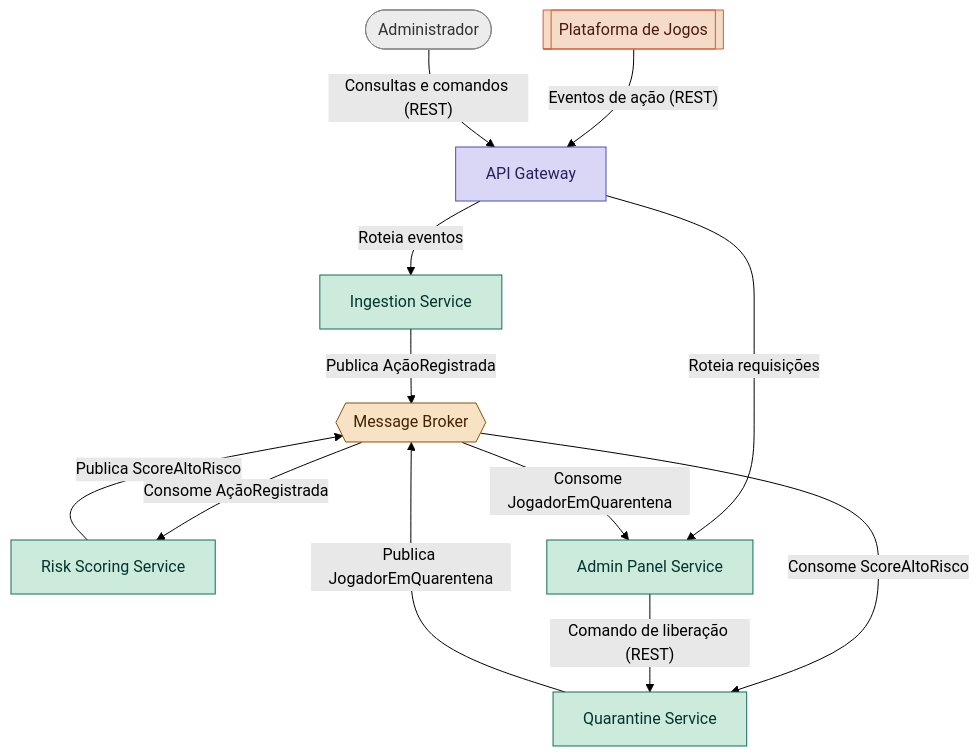
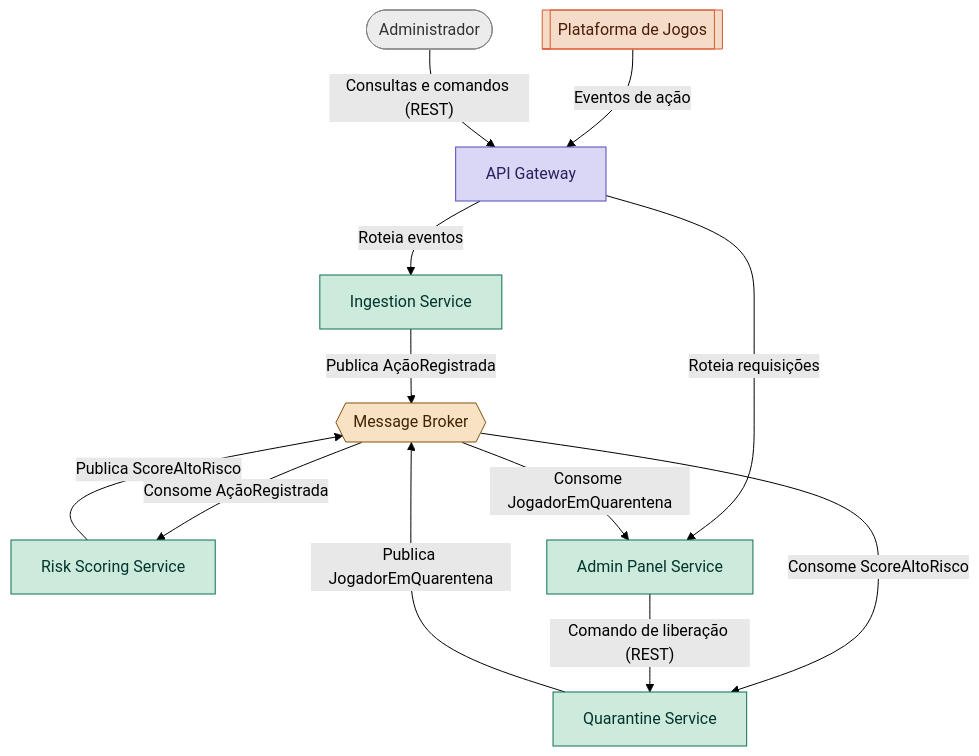
Before and after one commit to LuizH-Queiroz/esd-antifraude: the second of 2 diagrams in README.md, drawn with Mermaid (forest theme). The commit also changed other lines of this file, not shown here.

First line of the commit message:
Update Diagrama C4 Nível 2

````diff
--- a/README.md
+++ b/README.md
@@ -40,36 +40,36 @@
 ```mermaid
 flowchart TD
     admin(["Administrador"])
     plataforma[["Plataforma de Jogos"]]
 
     gateway["API Gateway"]
     ingestion["Ingestion Service"]
     scoring["Risk Scoring Service"]
     quarantine["Quarantine Service"]
     adminBackend["Admin Panel Service"]
     broker{{"Message Broker"}}
 
-    plataforma -->|"Eventos de ação (REST)"| gateway
+    plataforma -->|"Eventos de ação"| gateway
     admin -->|"Consultas e comandos (REST)"| gateway
 
     gateway -->|"Roteia eventos"| ingestion
     gateway -->|"Roteia requisições"| adminBackend
 
     ingestion -->|"Publica AçãoRegistrada"| broker
     broker -->|"Consome AçãoRegistrada"| scoring
     scoring -->|"Publica ScoreAltoRisco"| broker
     broker -->|"Consome ScoreAltoRisco"| quarantine
     quarantine -->|"Publica JogadorEmQuarentena"| broker
     broker -->|"Consome JogadorEmQuarentena"| adminBackend
 
     adminBackend -->|"Comando de liberação (REST)"| quarantine
 
     style admin fill:#ECECEC,stroke:#888,color:#333
     style plataforma fill:#F5DCC9,stroke:#D85A30,color:#4A1B0C
     style gateway fill:#DAD6F5,stroke:#534AB7,color:#26215C
     style ingestion fill:#CDEBDD,stroke:#0F6E56,color:#04342C
     style scoring fill:#CDEBDD,stroke:#0F6E56,color:#04342C
     style quarantine fill:#CDEBDD,stroke:#0F6E56,color:#04342C
     style adminBackend fill:#CDEBDD,stroke:#0F6E56,color:#04342C
     style broker fill:#F7E2C4,stroke:#854F0B,color:#412402
 ```
````
